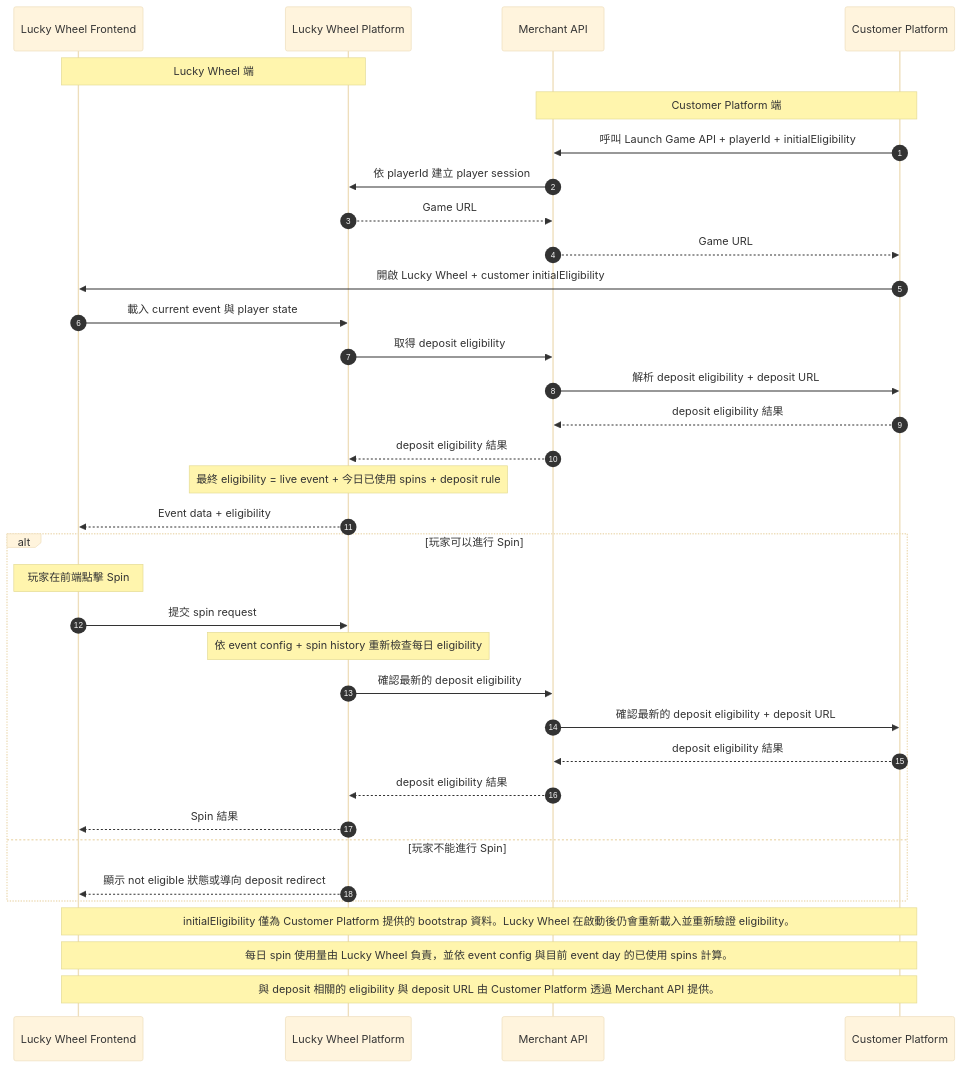
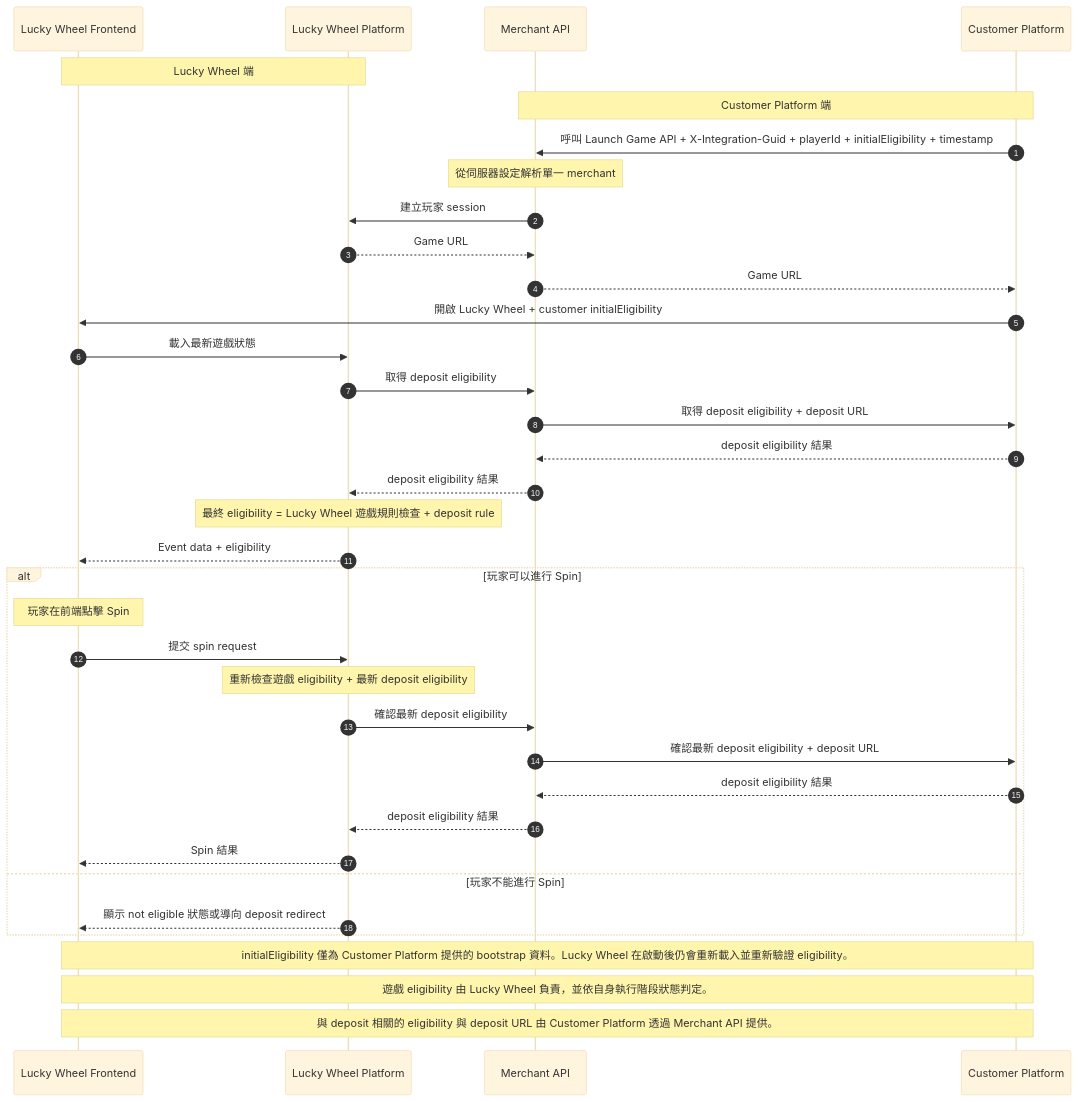
One commit to ElricStormking/LuckyWheelLeaderboard changed the diagram in LuckyWheel_Dataflow_Diagram_Public_zh-TW.mmd. Above: the diagram before and after it, drawn with Mermaid (base theme). The commit also changed 32 other files, not shown here.

Commit message:
Finalize lucky wheel integration, docs, and UI updates

```diff
--- a/LuckyWheel_Dataflow_Diagram_Public_zh-TW.mmd
+++ b/LuckyWheel_Dataflow_Diagram_Public_zh-TW.mmd
@@ -1,40 +1,41 @@
 sequenceDiagram
     autonumber
     participant LWF as Lucky Wheel Frontend
     participant LWP as Lucky Wheel Platform
     participant MAP as Merchant API
     participant CP as Customer Platform
 
     Note over LWF,LWP: Lucky Wheel 端
     Note over MAP,CP: Customer Platform 端
 
-    CP->>MAP: 呼叫 Launch Game API + playerId + initialEligibility
-    MAP->>LWP: 依 playerId 建立 player session
+    CP->>MAP: 呼叫 Launch Game API + X-Integration-Guid + playerId + initialEligibility + timestamp
+    Note over MAP: 從伺服器設定解析單一 merchant
+    MAP->>LWP: 建立玩家 session
     LWP-->>MAP: Game URL
     MAP-->>CP: Game URL
     CP->>LWF: 開啟 Lucky Wheel + customer initialEligibility
 
-    LWF->>LWP: 載入 current event 與 player state
+    LWF->>LWP: 載入最新遊戲狀態
     LWP->>MAP: 取得 deposit eligibility
-    MAP->>CP: 解析 deposit eligibility + deposit URL
+    MAP->>CP: 取得 deposit eligibility + deposit URL
     CP-->>MAP: deposit eligibility 結果
     MAP-->>LWP: deposit eligibility 結果
-    Note over LWP: 最終 eligibility = live event + 今日已使用 spins + deposit rule
+    Note over LWP: 最終 eligibility = Lucky Wheel 遊戲規則檢查 + deposit rule
     LWP-->>LWF: Event data + eligibility
 
     alt 玩家可以進行 Spin
         Note over LWF: 玩家在前端點擊 Spin
         LWF->>LWP: 提交 spin request
-        Note over LWP: 依 event config + spin history 重新檢查每日 eligibility
-        LWP->>MAP: 確認最新的 deposit eligibility
-        MAP->>CP: 確認最新的 deposit eligibility + deposit URL
+        Note over LWP: 重新檢查遊戲 eligibility + 最新 deposit eligibility
+        LWP->>MAP: 確認最新 deposit eligibility
+        MAP->>CP: 確認最新 deposit eligibility + deposit URL
         CP-->>MAP: deposit eligibility 結果
         MAP-->>LWP: deposit eligibility 結果
         LWP-->>LWF: Spin 結果
     else 玩家不能進行 Spin
         LWP-->>LWF: 顯示 not eligible 狀態或導向 deposit redirect
     end
 
     Note over LWF,CP: initialEligibility 僅為 Customer Platform 提供的 bootstrap 資料。Lucky Wheel 在啟動後仍會重新載入並重新驗證 eligibility。
-    Note over LWF,CP: 每日 spin 使用量由 Lucky Wheel 負責，並依 event config 與目前 event day 的已使用 spins 計算。
+    Note over LWF,CP: 遊戲 eligibility 由 Lucky Wheel 負責，並依自身執行階段狀態判定。
     Note over LWF,CP: 與 deposit 相關的 eligibility 與 deposit URL 由 Customer Platform 透過 Merchant API 提供。
```
